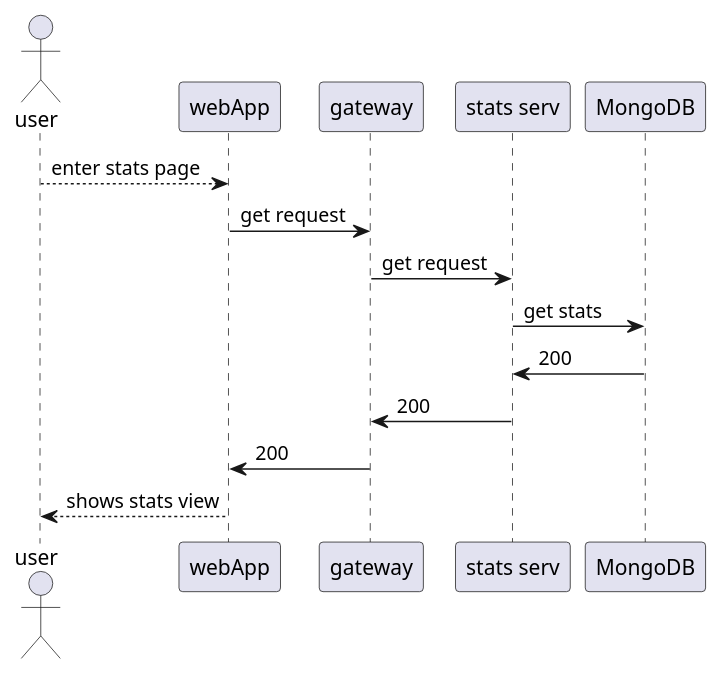
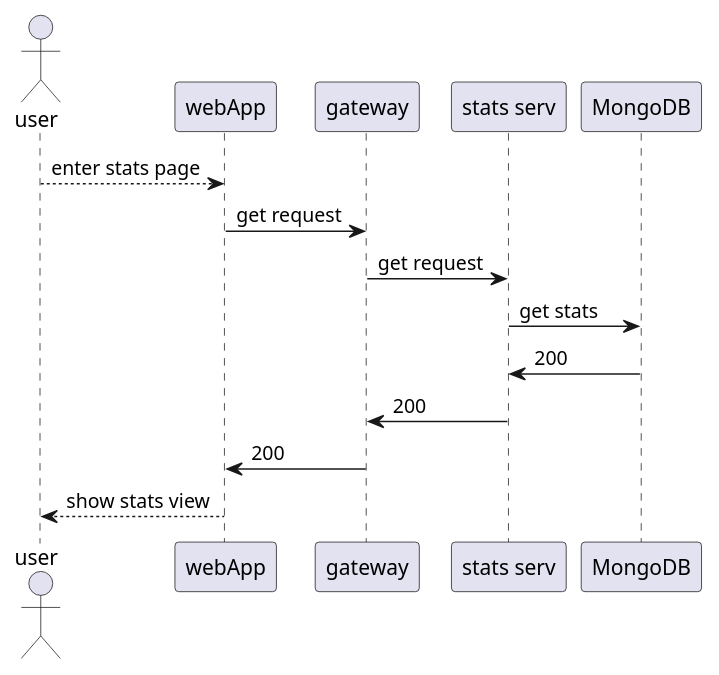
The fourth of 4 diagrams in docs/src/06_runtime_view.adoc (angelalvaigle/wiq_uo17919), drawn with PlantUML before and after one commit. The commit also changed other lines of this file and 4 other files, not shown here.

```diff
--- a/docs/src/06_runtime_view.adoc
+++ b/docs/src/06_runtime_view.adoc
@@ -78,17 +78,17 @@
 [plantuml, "stats", svg]
 ----
 actor user
 participant webapp as "webApp"
 participant gw as "gateway"
 participant statsserv as "stats serv"
 participant mongo as "MongoDB"
 
 user --> webapp: enter stats page
 webapp -> gw: get request
 gw -> statsserv: get request
 statsserv -> mongo: get stats
 mongo -> statsserv: 200
 statsserv -> gw: 200
 gw -> webapp: 200
-webapp --> user: shows stats view
+webapp --> user: show stats view
 ----
```
